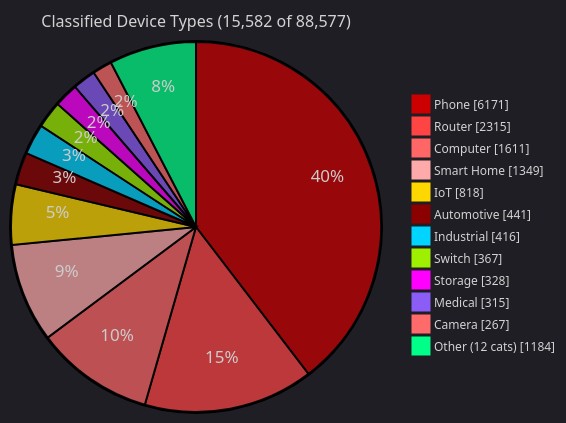
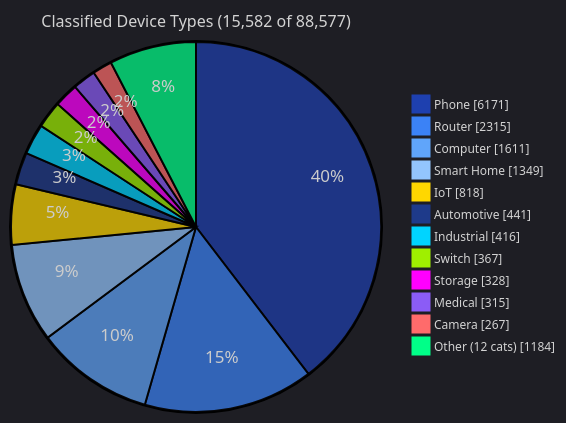
The fourth of 5 diagrams in README.md (user7321347/OUI-Master-Database), drawn with Mermaid before and after one commit. The commit also changed other lines of this file and 4 other files, not shown here.

````diff
--- a/README.md
+++ b/README.md
@@ -149,17 +166,17 @@
 ```mermaid
-%%{init: {'theme':'dark', 'themeVariables': {'pie1':'#CC0000','pie2':'#FF4444','pie3':'#FF6666','pie4':'#FFAAAA','pie5':'#FFD700','pie6':'#8B0000','pie7':'#00D4FF','pie8':'#9FEF00','pie9':'#FF00FF','pie10':'#8B5CF6','pie11':'#FF6B6B','pie12':'#00FF88','pieTitleTextSize':'16px','pieLegendTextSize':'12px'}}}%%
+%%{init: {'theme':'dark', 'themeVariables': {'pie1':'#1E40AF','pie2':'#3B82F6','pie3':'#60A5FA','pie4':'#93C5FD','pie5':'#FFD700','pie6':'#1E3A8A','pie7':'#00D4FF','pie8':'#9FEF00','pie9':'#FF00FF','pie10':'#8B5CF6','pie11':'#FF6B6B','pie12':'#00FF88','pieTitleTextSize':'16px','pieLegendTextSize':'12px'}}}%%
 pie showData
     title Classified Device Types (15,582 of 88,577)
     "Phone" : 6171
     "Router" : 2315
     "Computer" : 1611
     "Smart Home" : 1349
     "IoT" : 818
     "Automotive" : 441
     "Industrial" : 416
     "Switch" : 367
     "Storage" : 328
     "Medical" : 315
     "Camera" : 267
     "Other (12 cats)" : 1184
 ```
````
